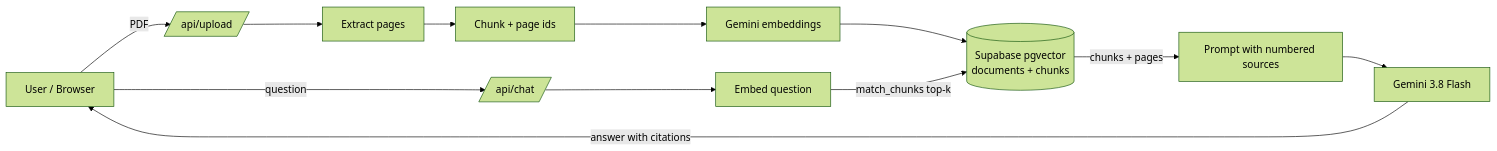
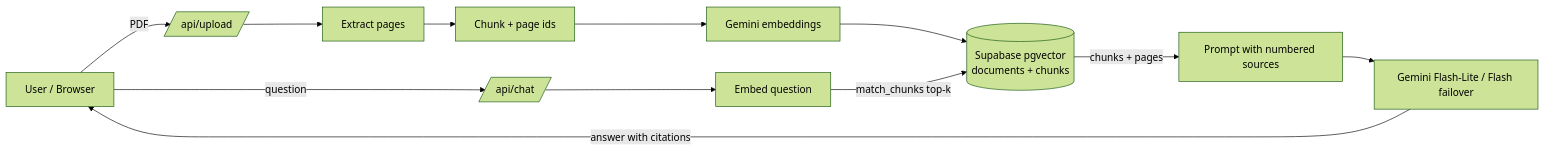
One commit to drin-tech-tools/rag-doc-chatbot changed the diagram in README.md. Above: the diagram before and after it, drawn with Mermaid (forest theme). The commit also changed other lines of this file and 3 other files, not shown here.

````diff
--- a/README.md
+++ b/README.md
@@ -18,13 +18,13 @@
 ```mermaid
 flowchart LR
   U[User / Browser] -->|PDF| UP[/api/upload/]
   UP --> P[Extract pages] --> C[Chunk + page ids]
   C --> E1[Gemini embeddings]
   E1 --> DB[(Supabase pgvector<br/>documents + chunks)]
   U -->|question| CH[/api/chat/]
   CH --> E2[Embed question]
   E2 -->|match_chunks top-k| DB
   DB -->|chunks + pages| PR[Prompt with numbered sources]
-  PR --> G[Gemini 3.8 Flash]
+  PR --> G[Gemini Flash-Lite / Flash failover]
   G -->|answer with citations| U
 ```
````
